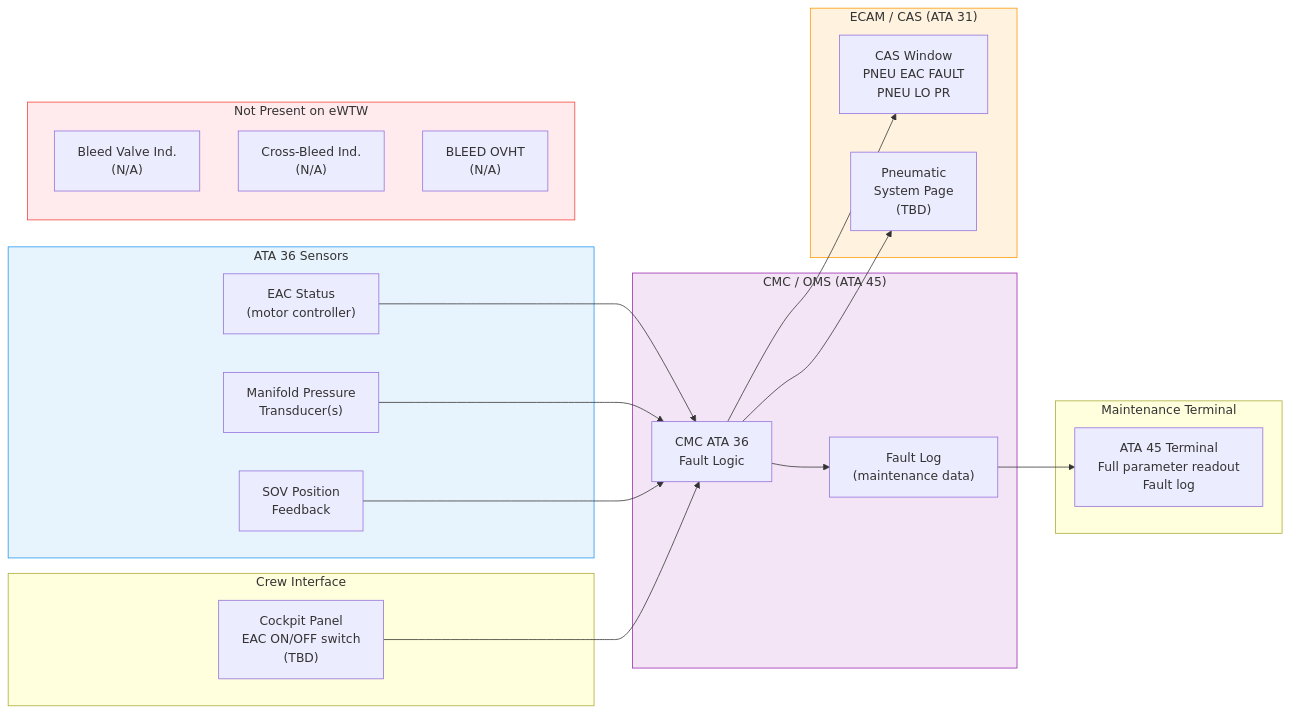
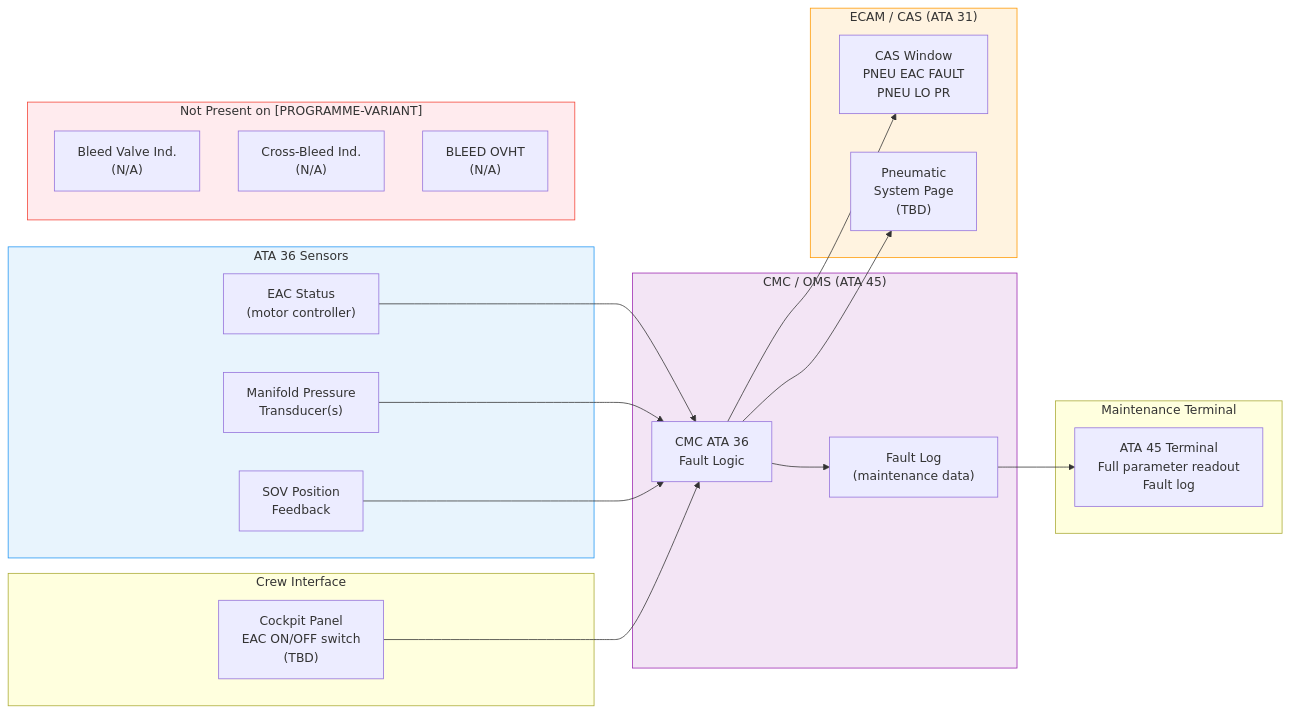
Before and after one commit to AmedeoPelliccia/Qplus-For-All-Queer-People-and-Quantum: the first of 3 diagrams in Q+ATLANTIDE/000-099_ATLAS/030-039_Proteccion-y-Sistemas-Mecanicos/036_Pneumatic/036-060-Pneumatic-System-Indication-and-Warning.md, drawn with Mermaid. The commit also changed other lines of this file and 676 other files, not shown here.

First line of the commit message:
feat: de-programmatize all ATLAS standard files — remove AMPEL360E/eWTW programme content

````diff
--- a/Q+ATLANTIDE/000-099_ATLAS/030-039_Proteccion-y-Sistemas-Mecanicos/036_Pneumatic/036-060-Pneumatic-System-Indication-and-Warning.md
+++ b/Q+ATLANTIDE/000-099_ATLAS/030-039_Proteccion-y-Sistemas-Mecanicos/036_Pneumatic/036-060-Pneumatic-System-Indication-and-Warning.md
@@ -262,41 +253,41 @@
 ```mermaid
 flowchart LR
     subgraph SENSORS["ATA 36 Sensors"]
         EAC_STAT["EAC Status\n(motor controller)"]
         PT_MFD["Manifold Pressure\nTransducer(s)"]
         SOV_FB["SOV Position\nFeedback"]
     end
     subgraph CMC["CMC / OMS (ATA 45)"]
         CMC_LOGIC["CMC ATA 36\nFault Logic"]
         FAULT_LOG["Fault Log\n(maintenance data)"]
     end
     subgraph ECAM_SYS["ECAM / CAS (ATA 31)"]
         CAS_WIN["CAS Window\nPNEU EAC FAULT\nPNEU LO PR"]
         PNEU_PAGE["Pneumatic\nSystem Page\n(TBD)"]
     end
     subgraph MAINT["Maintenance Terminal"]
         MAINT_TERM["ATA 45 Terminal\nFull parameter readout\nFault log"]
     end
     subgraph CREW["Crew Interface"]
         COCKPIT["Cockpit Panel\nEAC ON/OFF switch\n(TBD)"]
     end
-    subgraph NONE["Not Present on eWTW"]
+    subgraph NONE["Not Present on [PROGRAMME-VARIANT]"]
         BLEED_IND["Bleed Valve Ind.\n(N/A)"]
         XBLEED["Cross-Bleed Ind.\n(N/A)"]
         OVHT["BLEED OVHT\n(N/A)"]
     end
 
     EAC_STAT --> CMC_LOGIC
     PT_MFD --> CMC_LOGIC
     SOV_FB --> CMC_LOGIC
     CMC_LOGIC --> CAS_WIN
     CMC_LOGIC --> PNEU_PAGE
     CMC_LOGIC --> FAULT_LOG
     FAULT_LOG --> MAINT_TERM
     COCKPIT --> CMC_LOGIC
 
     style NONE fill:#ffebee,stroke:#f44336
     style ECAM_SYS fill:#fff3e0,stroke:#FF9800
     style CMC fill:#f3e5f5,stroke:#9C27B0
     style SENSORS fill:#e8f4fd,stroke:#2196F3
 ```
````
